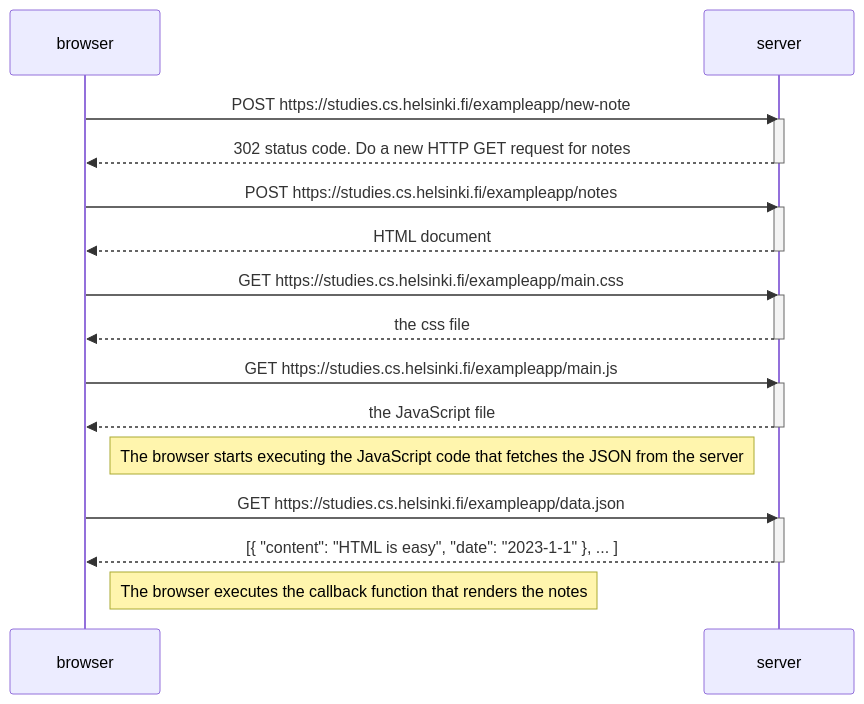
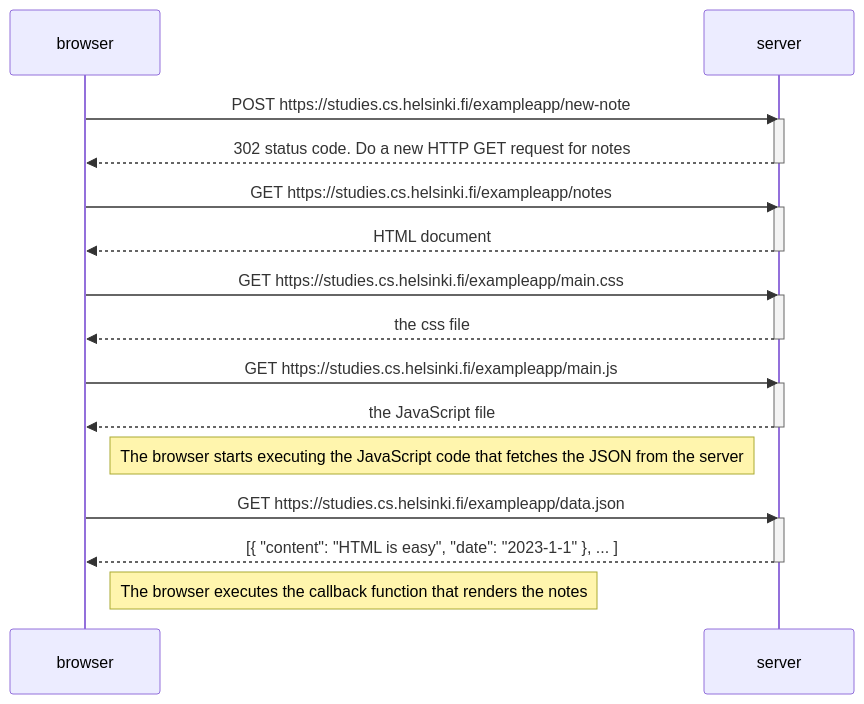
One commit to nvsblmike/fullstackopen-soln changed the diagram in README.md. Above: the diagram before and after it, drawn with Mermaid.

Commit message:
checking

````diff
--- a/README.md
+++ b/README.md
@@ -6,34 +6,34 @@
 ```mermaid
 sequenceDiagram
     participant browser
     participant server
 
     browser->>server: POST https://studies.cs.helsinki.fi/exampleapp/new-note
     activate server
     server-->>browser: 302 status code. Do a new HTTP GET request for notes
     deactivate server
 
-    browser->>server: POST https://studies.cs.helsinki.fi/exampleapp/notes
+    browser->>server: GET https://studies.cs.helsinki.fi/exampleapp/notes
     activate server
     server-->>browser: HTML document
     deactivate server
 
     browser->>server: GET https://studies.cs.helsinki.fi/exampleapp/main.css
     activate server
     server-->>browser: the css file
     deactivate server
 
     browser->>server: GET https://studies.cs.helsinki.fi/exampleapp/main.js
     activate server
     server-->>browser: the JavaScript file
     deactivate server
 
     Note right of browser: The browser starts executing the JavaScript code that fetches the JSON from the server
 
     browser->>server: GET https://studies.cs.helsinki.fi/exampleapp/data.json
     activate server
     server-->>browser: [{ "content": "HTML is easy", "date": "2023-1-1" }, ... ]
     deactivate server
 
     Note right of browser: The browser executes the callback function that renders the notes
 ```
````
